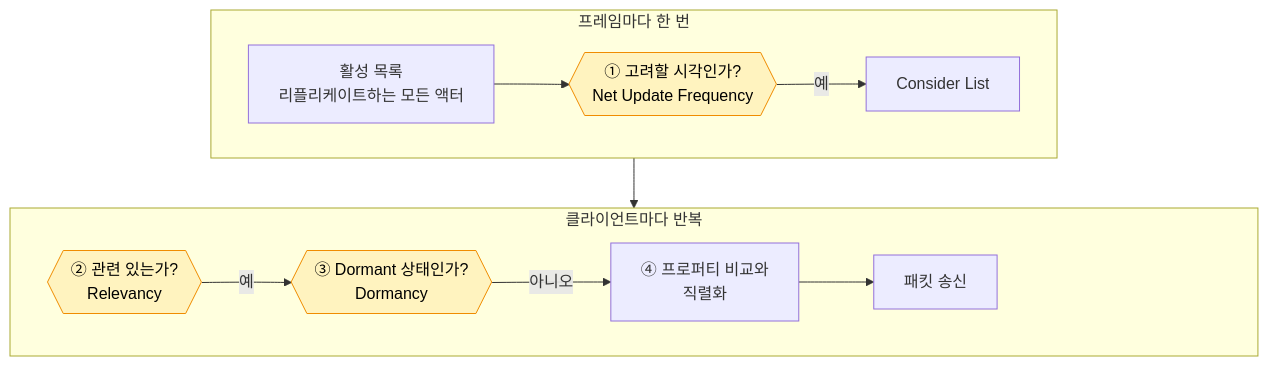
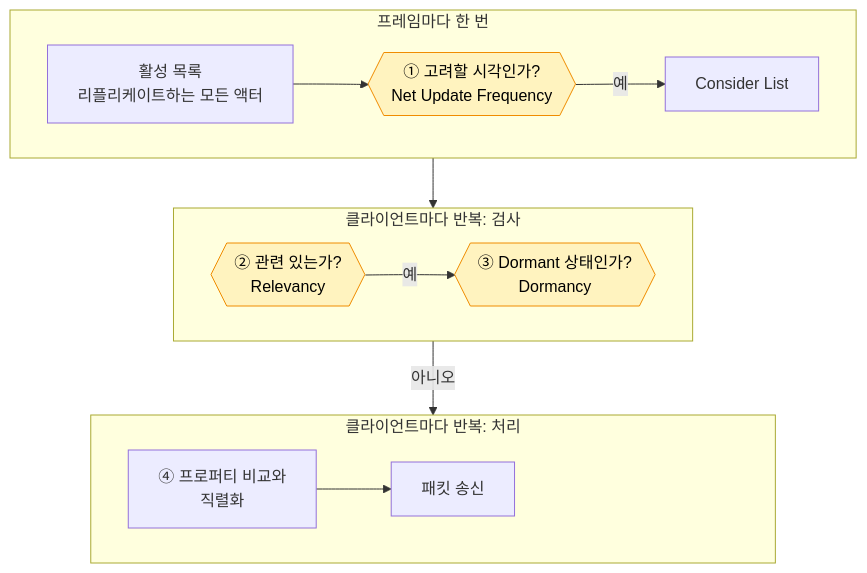
Before and after one commit to hon454/ue-dedicated-server-optimization-lab: the diagram in Posts/01-baseline/README.md, drawn with Mermaid. The commit also changed 3 other files, not shown here.

First line of the commit message:
docs(posts): split the testbed and baseline flows into rows of at most three nodes

````diff
--- a/Posts/01-baseline/README.md
+++ b/Posts/01-baseline/README.md
@@ -42,20 +42,23 @@
 ```mermaid
 flowchart TB
     subgraph Once["프레임마다 한 번"]
         direction LR
         A["활성 목록<br/>리플리케이트하는 모든 액터"] --> B{{"① 고려할 시각인가?<br/>Net Update Frequency"}}
         B -- "예" --> C["Consider List"]
     end
-    subgraph PerClient["클라이언트마다 반복"]
+    subgraph Check["클라이언트마다 반복: 검사"]
         direction LR
         D{{"② 관련 있는가?<br/>Relevancy"}} -- "예" --> E{{"③ Dormant 상태인가?<br/>Dormancy"}}
-        E -- "아니오" --> G["④ 프로퍼티 비교와<br/>직렬화"]
-        G --> H["패킷 송신"]
+    end
+    subgraph Work["클라이언트마다 반복: 처리"]
+        direction LR
+        G["④ 프로퍼티 비교와<br/>직렬화"] --> H["패킷 송신"]
         H ~~~ Pad["여백여백여백"]
     end
-    Once --> PerClient
+    Once --> Check
+    Check -- "아니오" --> Work
     classDef check fill:#fff3bf,stroke:#f08c00,color:#000
     class B,D,E check
     classDef pad fill:none,stroke:none,color:transparent
     class Pad pad
 ```
````
